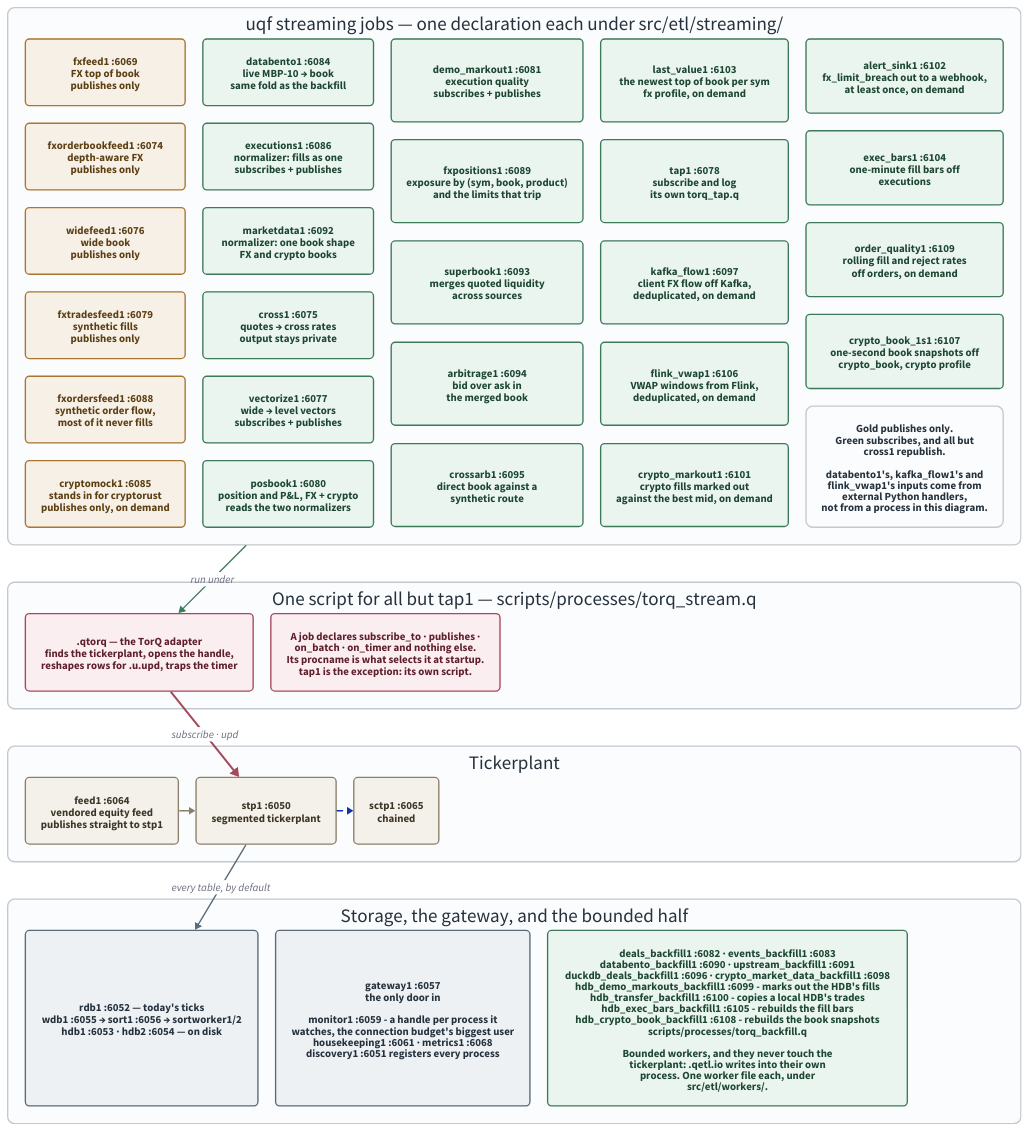
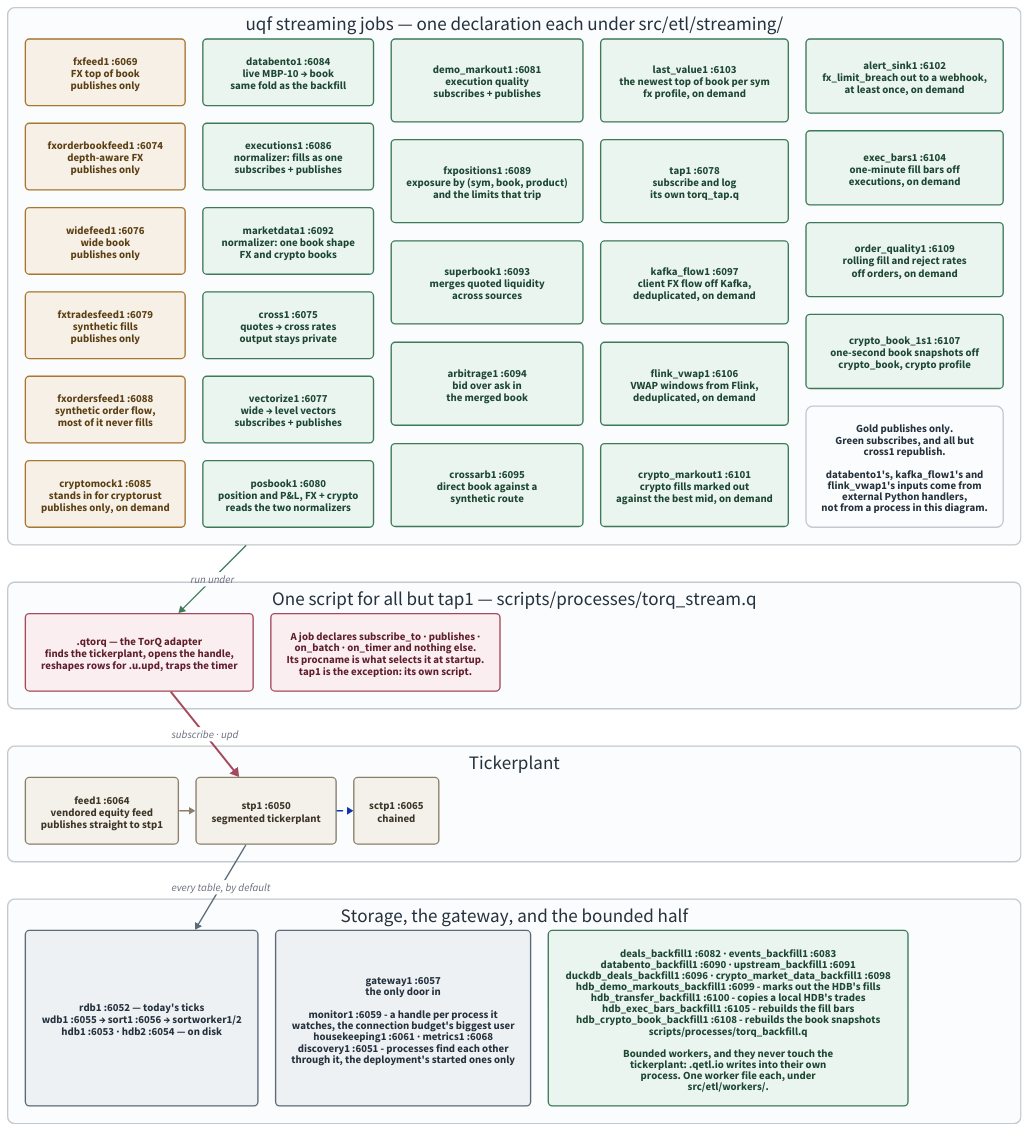
Before and after one commit to kwojdalski/uqf: the diagram in docs/diagrams/stack-topology.d2, drawn with D2. The commit also changed 20 other files, not shown here.

First line of the commit message:
Docs: bring the d2 diagrams up to date with the 2026-10-12/13 merges (#1257)

```diff
--- a/docs/diagrams/stack-topology.d2
+++ b/docs/diagrams/stack-topology.d2
@@ -1,173 +1,173 @@
 # stack-topology.d2 - who connects to whom over IPC in the running stack.
 #
 # Rendered by scripts/generate/render_diagrams.py, which CI runs with
 # --check. Embedded from docs/architecture/stack.md.
 #
 # Ports are the defaults at base 6050; every one is {KDBBASEPORT}+offset, so
 # a different base shifts them all together. The authority for the offsets
 # is docs/reference/processes.md, which is GENERATED from the
 # pipeline registry - if this diagram and that table disagree, the table is
 # right.
 #
 # WHAT THIS SHOWS THAT THE MERMAID VERSION DID NOT (#245).
 #
 # Every uqf streaming process but tap1 runs the SAME script. Since #204 a
 # streaming job is a declaration under src/etl/streaming/ and
 # processes/torq_stream.q is the one runner; which job a process runs is
 # decided by its procname at startup. The old diagram drew a script per
 # process, which is what the stack looked like before .qetl.job.stream and is the
 # single most misleading thing about it.
 #
 # The two connection patterns are still real and still different - publish
 # only, versus an access-listed subscribe - but a job performs neither
 # itself now. .qtorq does both on its behalf, which is why the adapter is
 # drawn between the processes and the tickerplant rather than left out.
 #
 # Backfills are on here too, and were not before. They are the other half
 # of the ETL tree and they reach the tickerplant NOT AT ALL: a bounded
 # worker writes through .qetl.io into its own process, so its rows never
 # traverse stp1. Drawing them beside the streaming jobs is the point - the
 # two halves look alike in the code and take completely different paths to
 # storage.
 
 direction: down
 
 grid-rows: 4
 grid-gap: 55
 
 vars: {
   d2-config: {
     pad: 40
   }
 }
 
 # Same palette as repo-overview.d2, so the set reads as one system: light
 # fills with dark text in both themes rather than a --dark-theme pairing,
 # which d2 still applies explicit styles over (d2lang/d2#831).
 classes: {
   feed: {
     style: {
       fill: "#f6f0e6"
       stroke: "#a8762f"
       font-color: "#5c3f13"
       border-radius: 6
     }
   }
   job: {
     style: {
       fill: "#eaf5ef"
       stroke: "#3d7a5a"
       font-color: "#1d4733"
       border-radius: 6
     }
   }
   adapter: {
     style: {
       fill: "#fbeef0"
       stroke: "#a54a5c"
       font-color: "#5f1f2c"
       border-radius: 6
     }
   }
   store: {
     style: {
       fill: "#eef1f4"
       stroke: "#5a6a78"
       font-color: "#25323d"
       border-radius: 6
     }
   }
   vendored: {
     style: {
       fill: "#f4f1ea"
       stroke: "#8a7f6a"
       font-color: "#3d3527"
       border-radius: 6
     }
   }
   band: {
     style: {
       fill: "#fbfcfd"
       stroke: "#c3c9cf"
       font-color: "#25323d"
       stroke-width: 2
       border-radius: 10
     }
   }
 }
 
 jobs: "uqf streaming jobs — one declaration each under src/etl/streaming/" {
   class: band
   grid-columns: 5
   grid-gap: 26
 
   fxfeed1: "fxfeed1 :6069\nFX top of book\npublishes only" { class: feed }
   fxorderbookfeed1: "fxorderbookfeed1 :6074\ndepth-aware FX\npublishes only" { class: feed }
   widefeed1: "widefeed1 :6076\nwide book\npublishes only" { class: feed }
   fxtradesfeed1: "fxtradesfeed1 :6079\nsynthetic fills\npublishes only" { class: feed }
   fxordersfeed1: "fxordersfeed1 :6088\nsynthetic order flow,\nmost of it never fills" { class: feed }
 
   cryptomock1: "cryptomock1 :6085\nstands in for cryptorust\npublishes only, on demand" { class: feed }
   databento1: "databento1 :6084\nlive MBP-10 → book\nsame fold as the backfill" { class: job }
   executions1: "executions1 :6086\nnormalizer: fills as one\nsubscribes + publishes" { class: job }
   marketdata1: "marketdata1 :6092\nnormalizer: one book shape\nFX and crypto books" { class: job }
 
   cross1: "cross1 :6075\nquotes → cross rates\noutput stays private" { class: job }
   vectorize1: "vectorize1 :6077\nwide → level vectors\nsubscribes + publishes" { class: job }
   posbook1: "posbook1 :6080\nposition and P&L, FX + crypto\nreads the two normalizers" { class: job }
   demo_markout1: "demo_markout1 :6081\nexecution quality\nsubscribes + publishes" { class: job }
   fxpositions1: "fxpositions1 :6089\nexposure by (sym, book, product)\nand the limits that trip" { class: job }
 
   superbook1: "superbook1 :6093\nmerges quoted liquidity\nacross sources" { class: job }
   arbitrage1: "arbitrage1 :6094\nbid over ask in\nthe merged book" { class: job }
   crossarb1: "crossarb1 :6095\ndirect book against a\nsynthetic route" { class: job }
   last_value1: "last_value1 :6103\nthe newest top of book per sym\nfx profile, on demand" { class: job }
   tap1: "tap1 :6078\nsubscribe and log\nits own torq_tap.q" { class: job }
   kafka_flow1: "kafka_flow1 :6097\nclient FX flow off Kafka,\ndeduplicated, on demand" { class: job }
   flink_vwap1: "flink_vwap1 :6106\nVWAP windows from Flink,\ndeduplicated, on demand" { class: job }
   crypto_markout1: "crypto_markout1 :6101\ncrypto fills marked out\nagainst the best mid, on demand" { class: job }
   alert_sink1: "alert_sink1 :6102\nfx_limit_breach out to a webhook,\nat least once, on demand" { class: job }
-  exec_bars1: "exec_bars1 :6104\none-minute fill bars off\nexecutions" { class: job }
+  exec_bars1: "exec_bars1 :6104\none-minute fill bars off\nexecutions, on demand" { class: job }
   order_quality1: "order_quality1 :6109\nrolling fill and reject rates\noff orders, on demand" { class: job }
   crypto_book_1s1: "crypto_book_1s1 :6107\none-second book snapshots off\ncrypto_book, crypto profile" { class: job }
   legend: "Gold publishes only.\nGreen subscribes, and all but\ncross1 republish.\n\ndatabento1's, kafka_flow1's and\nflink_vwap1's inputs come from\nexternal Python handlers,\nnot from a process in this diagram." { class: band }
 }
 
 runner: "One script for all but tap1 — scripts/processes/torq_stream.q" {
   class: band
   grid-columns: 2
   grid-gap: 26
 
   qtorq: ".qtorq — the TorQ adapter\nfinds the tickerplant, opens the handle,\nreshapes rows for .u.upd, traps the timer" { class: adapter }
   note: "A job declares subscribe_to · publishes ·\non_batch · on_timer and nothing else.\nIts procname is what selects it at startup.\ntap1 is the exception: its own script." { class: adapter }
 }
 
 tp: "Tickerplant" {
   class: band
   grid-columns: 3
   grid-gap: 26
 
   feed1: "feed1 :6064\nvendored equity feed\npublishes straight to stp1" { class: vendored }
   stp: "stp1 :6050\nsegmented tickerplant" { class: vendored }
   sctp: "sctp1 :6065\nchained" { class: vendored }
 
   feed1 -> stp { style.stroke: "#8a7f6a" }
   stp -> sctp { style.stroke-dash: 4 }
 }
 
 downstream: "Storage, the gateway, and the bounded half" {
   class: band
   grid-columns: 3
   grid-gap: 26
 
   storage: "rdb1 :6052 — today's ticks\nwdb1 :6055 → sort1 :6056 → sortworker1/2\nhdb1 :6053 · hdb2 :6054 — on disk" { class: store }
-  gw: "gateway1 :6057\nthe only door in\n\nmonitor1 :6059 - a handle per process it\nwatches, the connection budget's biggest user\nhousekeeping1 :6061 · metrics1 :6068\ndiscovery1 :6051 registers every process" { class: store }
+  gw: "gateway1 :6057\nthe only door in\n\nmonitor1 :6059 - a handle per process it\nwatches, the connection budget's biggest user\nhousekeeping1 :6061 · metrics1 :6068\ndiscovery1 :6051 - processes find each other\nthrough it, the deployment's started ones only" { class: store }
   backfills: "deals_backfill1 :6082 · events_backfill1 :6083\ndatabento_backfill1 :6090 · upstream_backfill1 :6091\nduckdb_deals_backfill1 :6096 · crypto_market_data_backfill1 :6098\nhdb_demo_markouts_backfill1 :6099 - marks out the HDB's fills\nhdb_transfer_backfill1 :6100 - copies a local HDB's trades\nhdb_exec_bars_backfill1 :6105 - rebuilds the fill bars\nhdb_crypto_book_backfill1 :6108 - rebuilds the book snapshots\nscripts/processes/torq_backfill.q\n\nBounded workers, and they never touch the\ntickerplant: .qetl.io writes into their own\nprocess. One worker file each, under\nsrc/etl/workers/." { class: job }
 }
 
 jobs -> runner.qtorq: "run under" { style.stroke: "#3d7a5a" }
 runner.qtorq -> tp.stp: "subscribe · upd" {
   style.stroke: "#a54a5c"
   style.stroke-width: 3
 }
 tp.stp -> downstream.storage: "every table, by default" { style.stroke: "#5a6a78" }
```
